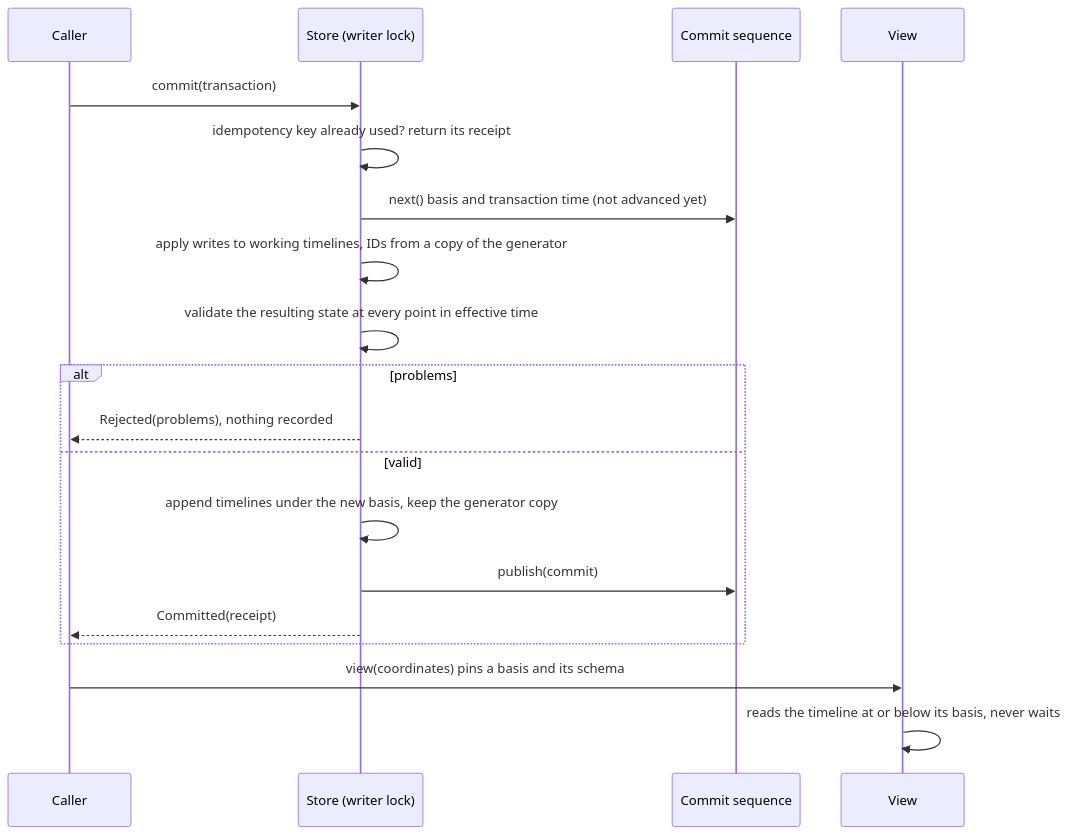
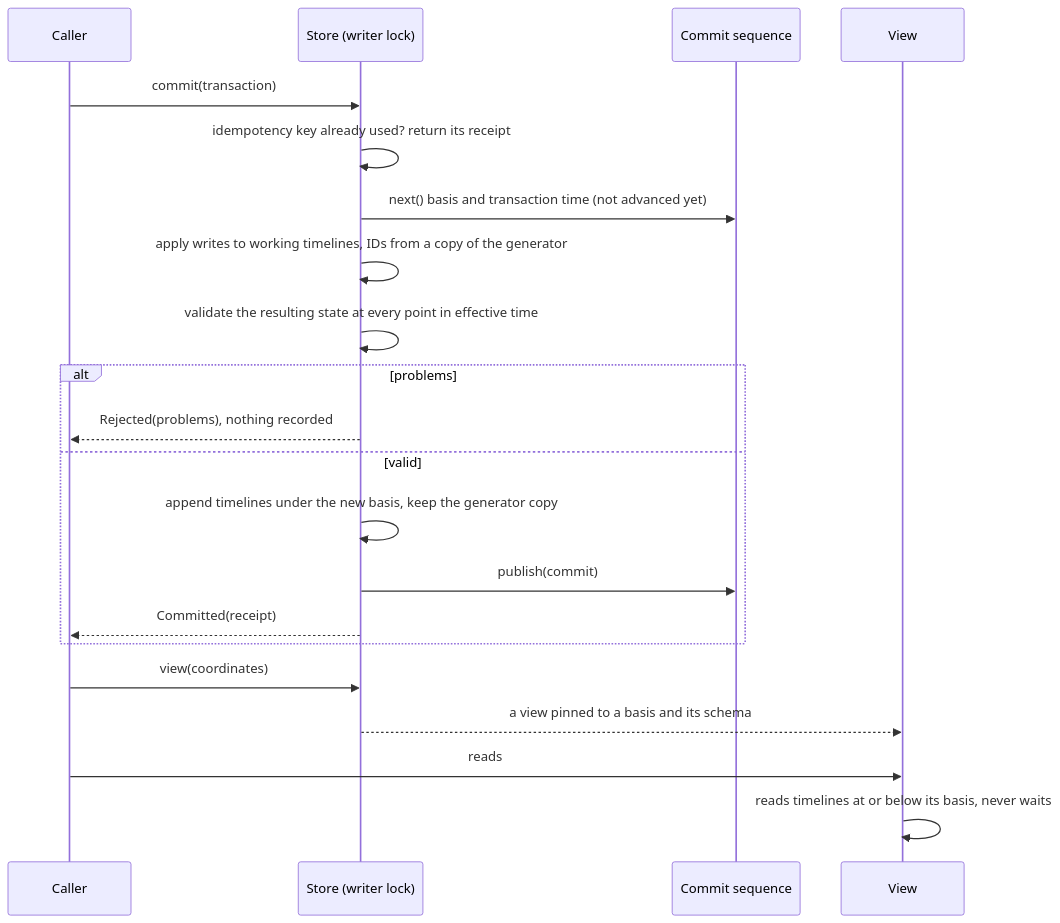
One commit to enricoag1982/Cairn changed the third of 3 diagrams in docs/architecture/README.md. Above: the diagram before and after it, drawn with Mermaid. The commit also changed other lines of this file and 14 other files, not shown here.

````diff
--- a/docs/architecture/README.md
+++ b/docs/architecture/README.md
@@ -85,21 +87,23 @@
 ```mermaid
 sequenceDiagram
     participant C as Caller
     participant S as Store (writer lock)
     participant Q as Commit sequence
     participant V as View
     C->>S: commit(transaction)
     S->>S: idempotency key already used? return its receipt
     S->>Q: next() basis and transaction time (not advanced yet)
     S->>S: apply writes to working timelines, IDs from a copy of the generator
     S->>S: validate the resulting state at every point in effective time
     alt problems
         S-->>C: Rejected(problems), nothing recorded
     else valid
         S->>S: append timelines under the new basis, keep the generator copy
         S->>Q: publish(commit)
         S-->>C: Committed(receipt)
     end
-    C->>V: view(coordinates) pins a basis and its schema
-    V->>V: reads the timeline at or below its basis, never waits
+    C->>S: view(coordinates)
+    S-->>V: a view pinned to a basis and its schema
+    C->>V: reads
+    V->>V: reads timelines at or below its basis, never waits
 ```
````
